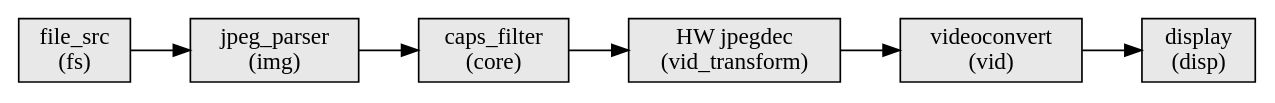
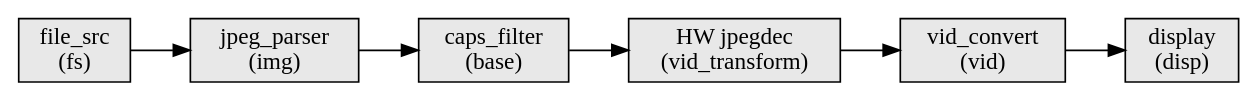
One commit to nxp-upstream/zephyr changed the first of 2 diagrams in samples/subsys/mpipe/jpeg_dec/README.rst. Above: the diagram before and after it, drawn with Graphviz. The commit also changed other lines of this file and 40 other files, not shown here.

```diff
--- a/samples/subsys/mpipe/jpeg_dec/README.rst
+++ b/samples/subsys/mpipe/jpeg_dec/README.rst
@@ -28,13 +28,13 @@
 .. graphviz::
 
    digraph pipeline_a {
      rankdir=LR;
      node [shape=box, style=filled, fillcolor="#e8e8e8"];
      file_src      [label="file_src\n(fs)"];
      jpeg_parser  [label="jpeg_parser\n(img)"];
-     caps_filter   [label="caps_filter\n(core)"];
+     caps_filter   [label="caps_filter\n(base)"];
      hw_jpegdec   [label="HW jpegdec\n(vid_transform)"];
-     videoconvert [label="videoconvert\n(vid)"];
+     vid_convert  [label="vid_convert\n(vid)"];
      display      [label="display\n(disp)"];
-     file_src -> jpeg_parser -> caps_filter -> hw_jpegdec -> videoconvert -> display;
+     file_src -> jpeg_parser -> caps_filter -> hw_jpegdec -> vid_convert -> display;
    }
```
